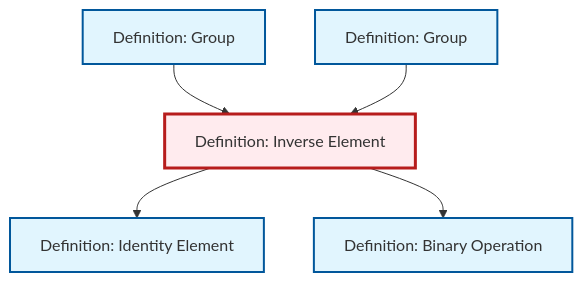
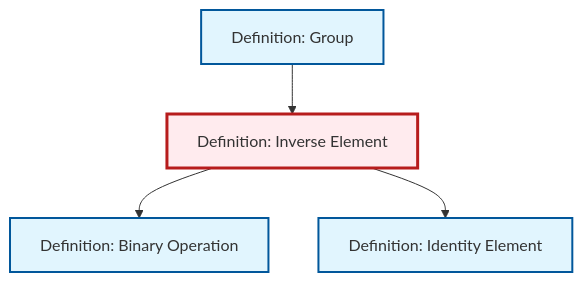
The diagram in content/ja/algebra/def-inverse-element.qmd (RK0429/ModernMath), drawn with Mermaid before and after one commit. The commit also changed 530 other files, not shown here.

````diff
--- a/content/ja/algebra/def-inverse-element.qmd
+++ b/content/ja/algebra/def-inverse-element.qmd
@@ -84,23 +84,20 @@
 ```{mermaid}
 %%| fig-cap: "Local dependency graph"
 graph TD
     classDef definition fill:#e1f5fe,stroke:#01579b,stroke-width:2px
     classDef theorem fill:#f3e5f5,stroke:#4a148c,stroke-width:2px
     classDef axiom fill:#fff3e0,stroke:#e65100,stroke-width:2px
     classDef example fill:#e8f5e9,stroke:#1b5e20,stroke-width:2px
     classDef current fill:#ffebee,stroke:#b71c1c,stroke-width:3px
     def-inverse-element["Definition: Inverse Element"]:::definition
+    def-group["Definition: Group"]:::definition
     def-identity-element["Definition: Identity Element"]:::definition
     def-binary-operation["Definition: Binary Operation"]:::definition
-    def-group["Definition: Group"]:::definition
-    def-group-example["Definition: Group"]:::definition
+    def-inverse-element --> def-binary-operation
+    def-inverse-element --> def-identity-element
     def-group --> def-inverse-element
-    def-inverse-element --> def-identity-element
-    def-group-example --> def-inverse-element
-    def-inverse-element --> def-binary-operation
     class def-inverse-element current
+    click def-group "def-group.html" "Definition: Groupへ"
     click def-identity-element "def-identity-element.html" "Definition: Identity Elementへ"
     click def-binary-operation "def-binary-operation.html" "Definition: Binary Operationへ"
-    click def-group "def-group.html" "Definition: Groupへ"
-    click def-group-example "def-group-example.html" "Definition: Groupへ"
 ```
````
